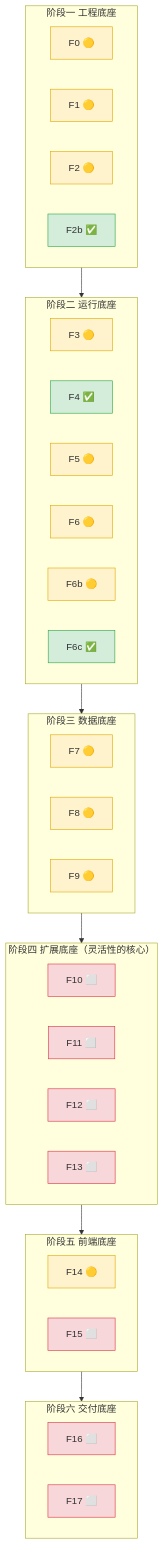
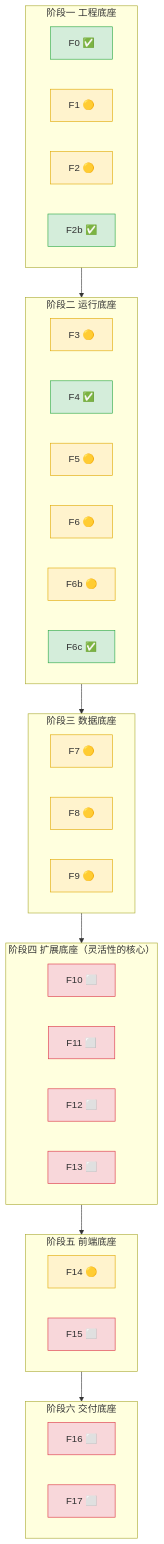
One commit to NEILXIANG/WaSelect changed the fourth of 17 diagrams in docs/基座评审报告与解决方案-2026-09-23.md. Above: the diagram before and after it, drawn with Mermaid. The commit also changed other lines of this file, not shown here.

````diff
--- a/docs/基座评审报告与解决方案-2026-09-23.md
+++ b/docs/基座评审报告与解决方案-2026-09-23.md
@@ -129,40 +129,40 @@
 ```mermaid
 flowchart TB
     subgraph S1["阶段一 工程底座"]
-      F0["F0 🟡"]:::part
+      F0["F0 ✅"]:::done
       F1["F1 🟡"]:::part
       F2["F2 🟡"]:::part
       F2b["F2b ✅"]:::done
     end
     subgraph S2["阶段二 运行底座"]
       F3["F3 🟡"]:::part
       F4["F4 ✅"]:::done
       F5["F5 🟡"]:::part
       F6["F6 🟡"]:::part
       F6b["F6b 🟡"]:::part
       F6c["F6c ✅"]:::done
     end
     subgraph S3["阶段三 数据底座"]
       F7["F7 🟡"]:::part
       F8["F8 🟡"]:::part
       F9["F9 🟡"]:::part
     end
     subgraph S4["阶段四 扩展底座（灵活性的核心）"]
       F10["F10 ⬜"]:::todo
       F11["F11 ⬜"]:::todo
       F12["F12 ⬜"]:::todo
       F13["F13 ⬜"]:::todo
     end
     subgraph S5["阶段五 前端底座"]
       F14["F14 🟡"]:::part
       F15["F15 ⬜"]:::todo
     end
     subgraph S6["阶段六 交付底座"]
       F16["F16 ⬜"]:::todo
       F17["F17 ⬜"]:::todo
     end
     S1 --> S2 --> S3 --> S4 --> S5 --> S6
     classDef done fill:#d4edda,stroke:#28a745
     classDef part fill:#fff3cd,stroke:#e0a800
     classDef todo fill:#f8d7da,stroke:#dc3545
 ```
````
